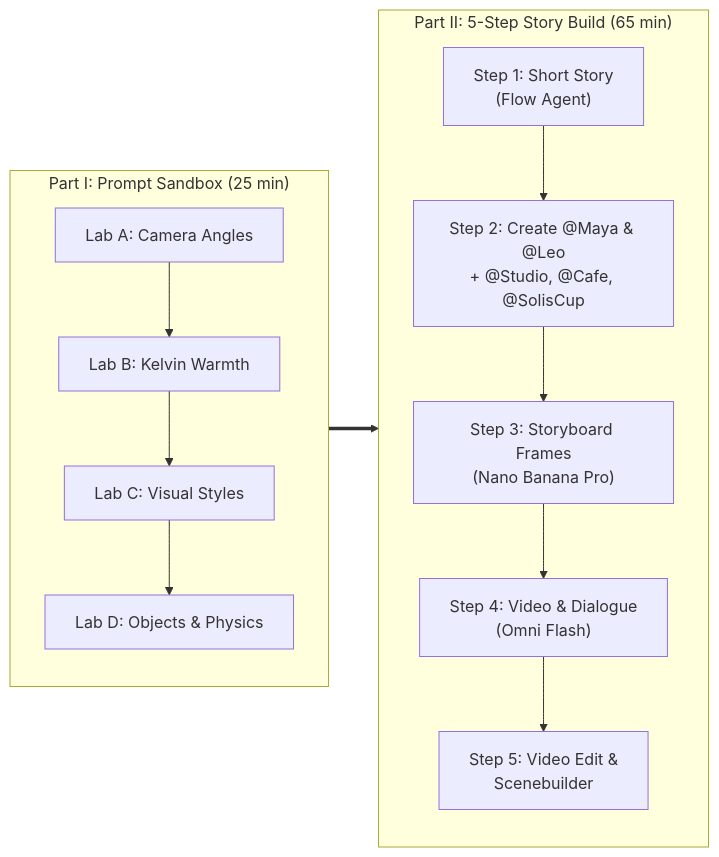
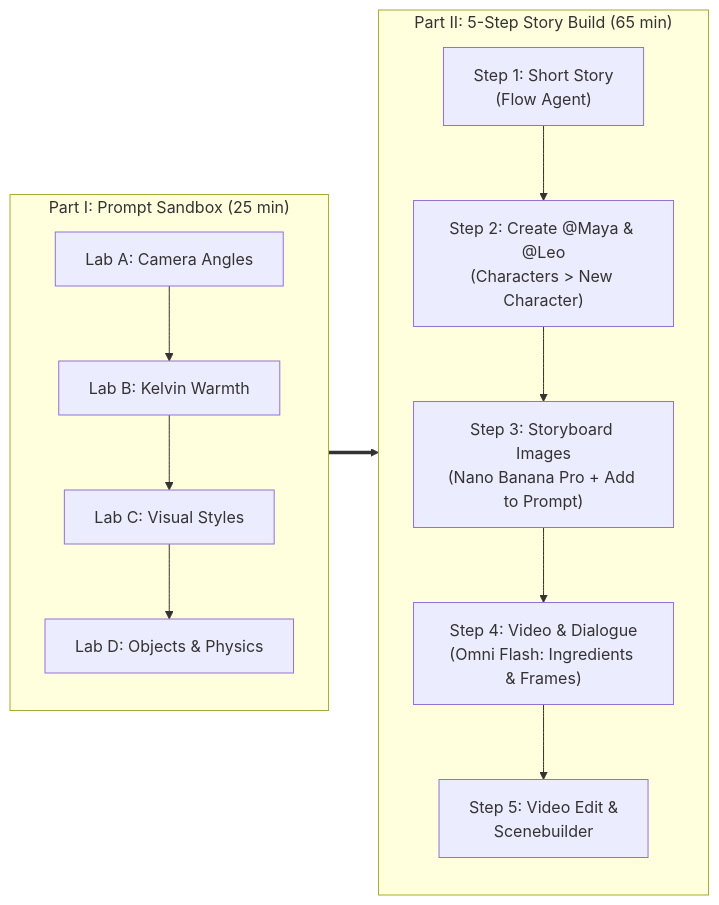
The diagram in README.md (AllInVaders/google-flow-storytelling-workshop), drawn with Mermaid before and after one commit. The commit also changed other lines of this file and 9 other files, not shown here.

Commit message:
Use 100% verified Google Flow UI features: @Character/@Voice tags + More > Add to Prompt & Video > Frames (remove fake @Object tags)

````diff
--- a/README.md
+++ b/README.md
@@ -19,17 +19,17 @@
 ```mermaid
 flowchart LR
     subgraph Part1["Part I: Prompt Sandbox (25 min)"]
         LA["Lab A: Camera Angles"] --> LB["Lab B: Kelvin Warmth"]
         LB --> LC["Lab C: Visual Styles"]
         LC --> LD["Lab D: Objects & Physics"]
     end
 
     subgraph Part2["Part II: 5-Step Story Build (65 min)"]
-        S1["Step 1: Short Story\n(Flow Agent)"] --> S2["Step 2: Create @Maya & @Leo\n+ @Studio, @Cafe, @SolisCup"]
-        S2 --> S3["Step 3: Storyboard Frames\n(Nano Banana Pro)"]
-        S3 --> S4["Step 4: Video & Dialogue\n(Omni Flash)"]
+        S1["Step 1: Short Story\n(Flow Agent)"] --> S2["Step 2: Create @Maya & @Leo\n(Characters > New Character)"]
+        S2 --> S3["Step 3: Storyboard Images\n(Nano Banana Pro + Add to Prompt)"]
+        S3 --> S4["Step 4: Video & Dialogue\n(Omni Flash: Ingredients & Frames)"]
         S4 --> S5["Step 5: Video Edit &\nScenebuilder"]
     end
 
     Part1 ==> Part2
 ```
````
